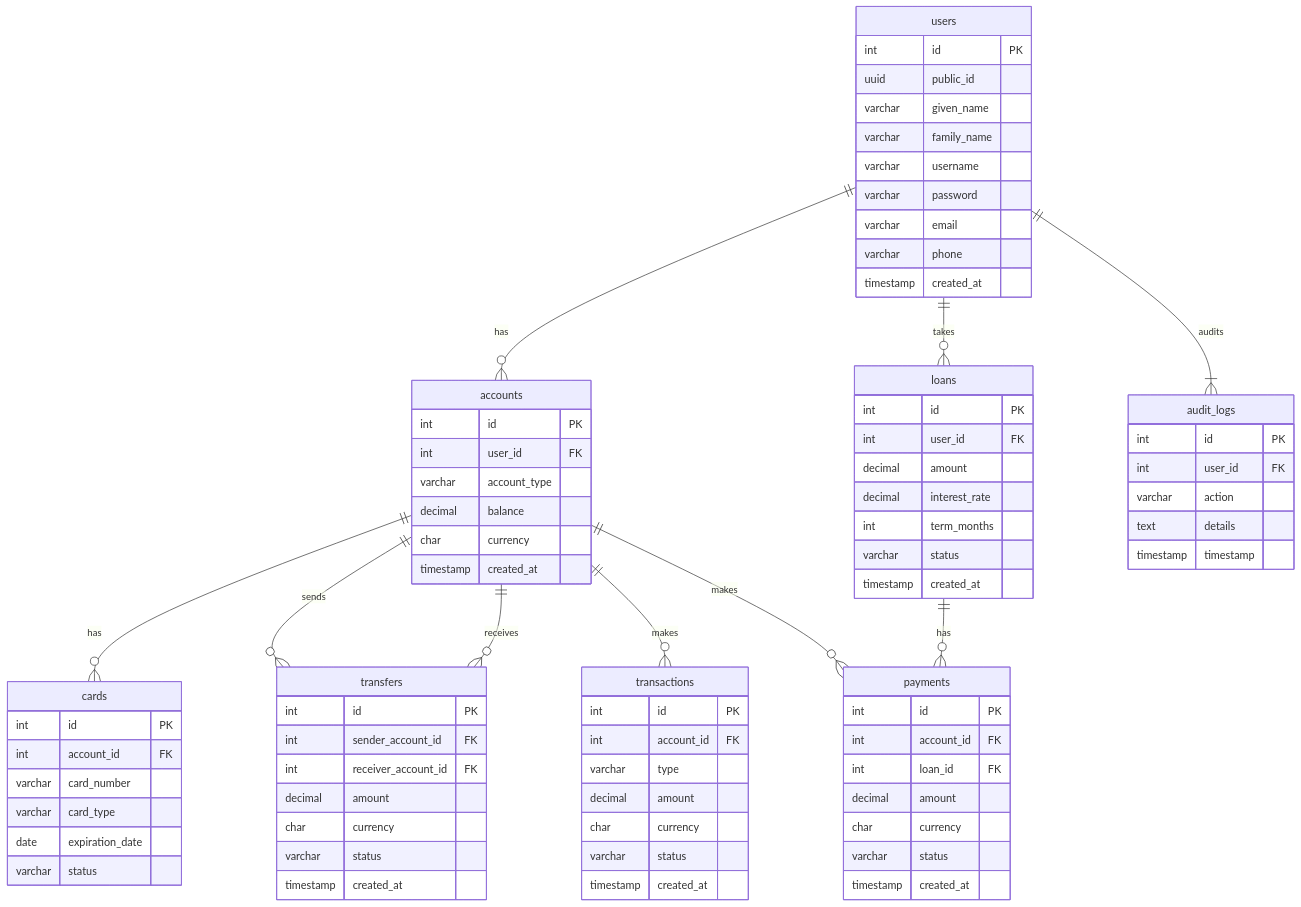
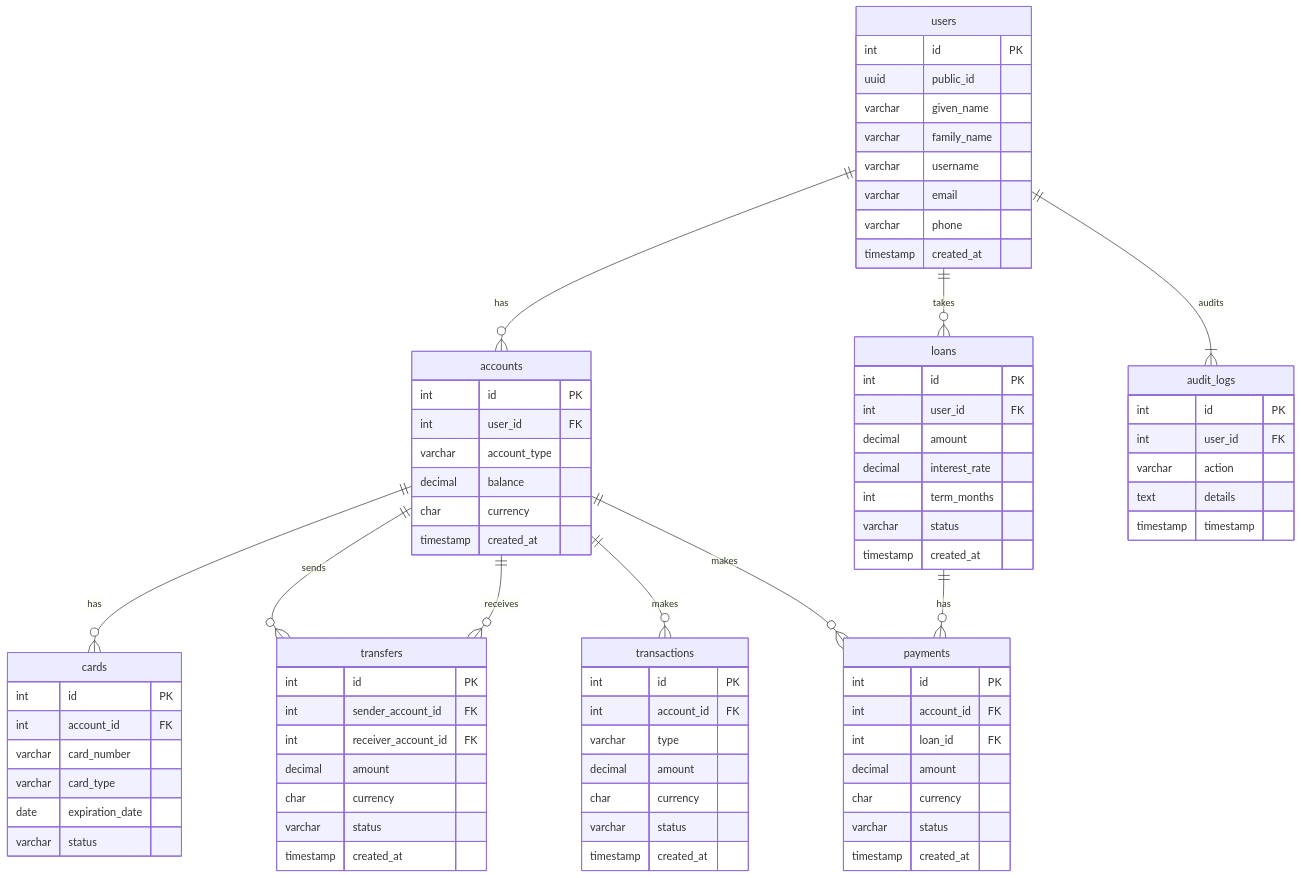
The diagram in README.md (W-E-Robinson/sql-optimisation-and-caching-experimentation), drawn with Mermaid before and after one commit. The commit also changed 1 other file, not shown here.

Commit message:
refactor: removed password from users table

```diff
--- a/README.md
+++ b/README.md
@@ -22,7 +22,6 @@
         varchar given_name
         varchar family_name
         varchar username
-        varchar password
         varchar email
         varchar phone
         timestamp created_at
```
